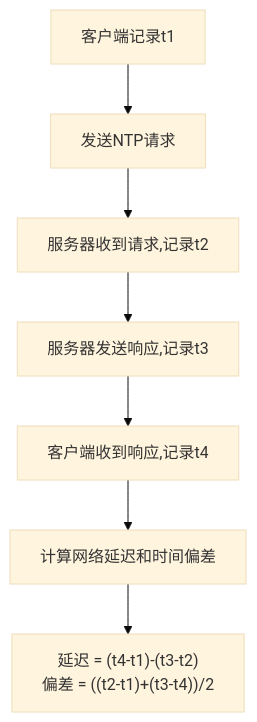
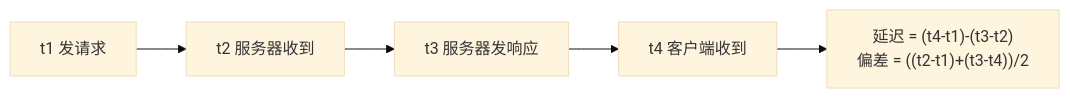
One commit to Dtheme/CS-base changed the fifth of 9 diagrams in 计算机网络/3.2传输层：UDP协议与应用.md. Above: the diagram before and after it, drawn with Mermaid (base theme). The commit also changed other lines of this file and 51 other files, not shown here.

````diff
--- a/计算机网络/3.2传输层：UDP协议与应用.md
+++ b/计算机网络/3.2传输层：UDP协议与应用.md
@@ -503,10 +365,7 @@
 ```mermaid
-graph TD
-    A[客户端记录t1] --> B[发送NTP请求]
-    B --> C[服务器收到请求,记录t2]
-    C --> D[服务器发送响应,记录t3]
-    D --> E[客户端收到响应,记录t4]
-    E --> F[计算网络延迟和时间偏差]
-    
-    F --> G["延迟 = (t4-t1)-(t3-t2)<br/>偏差 = ((t2-t1)+(t3-t4))/2"]
+graph LR
+    A["t1 发请求"] --> B["t2 服务器收到"]
+    B --> C["t3 服务器发响应"]
+    C --> D["t4 客户端收到"]
+    D --> E["延迟 = (t4-t1)-(t3-t2)<br/>偏差 = ((t2-t1)+(t3-t4))/2"]
 ```
````
